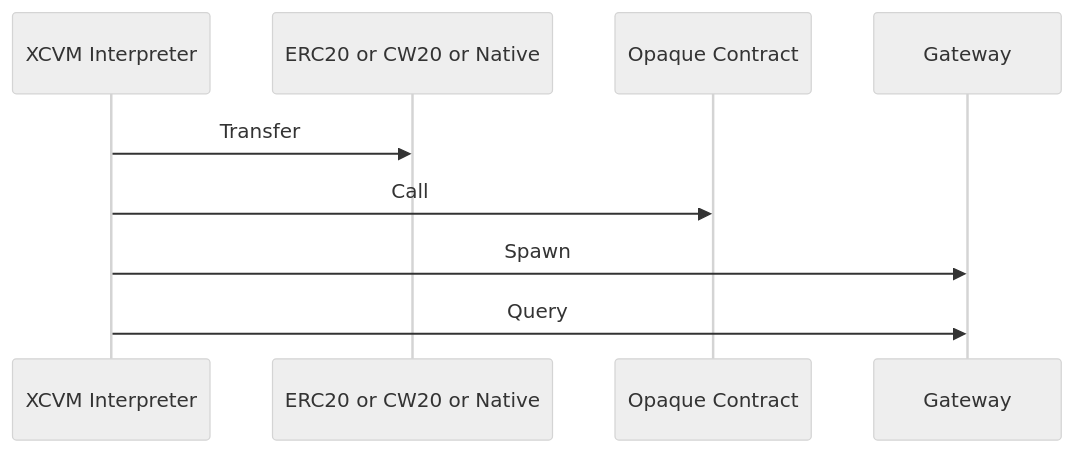
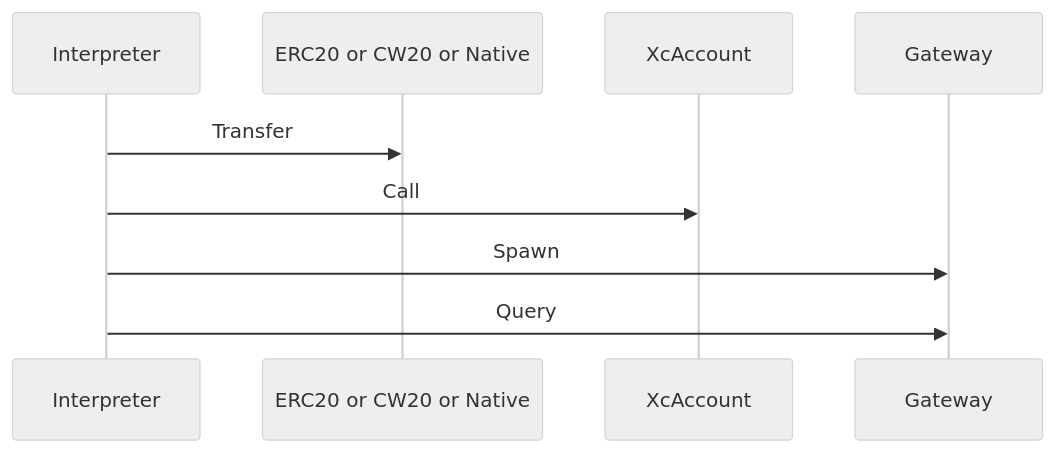
The third of 4 diagrams in code/xcvm/SPEC.md (ComposableFi/composable), drawn with Mermaid (neutral theme) before and after one commit. The commit also changed other lines of this file and 3 other files, not shown here.

````diff
--- a/code/xcvm/SPEC.md
+++ b/code/xcvm/SPEC.md
@@ -277,7 +225,7 @@
 ```mermaid
 sequenceDiagram
-    XCVM Interpreter->>ERC20 or CW20 or Native: Transfer
-    XCVM Interpreter->>Opaque Contract: Call
-    XCVM Interpreter->>Gateway: Spawn
-    XCVM Interpreter->>Gateway: Query
+    Interpreter->>ERC20 or CW20 or Native: Transfer
+    Interpreter->>XcAccount: Call
+    Interpreter->>Gateway: Spawn
+    Interpreter->>Gateway: Query
 ```
````
